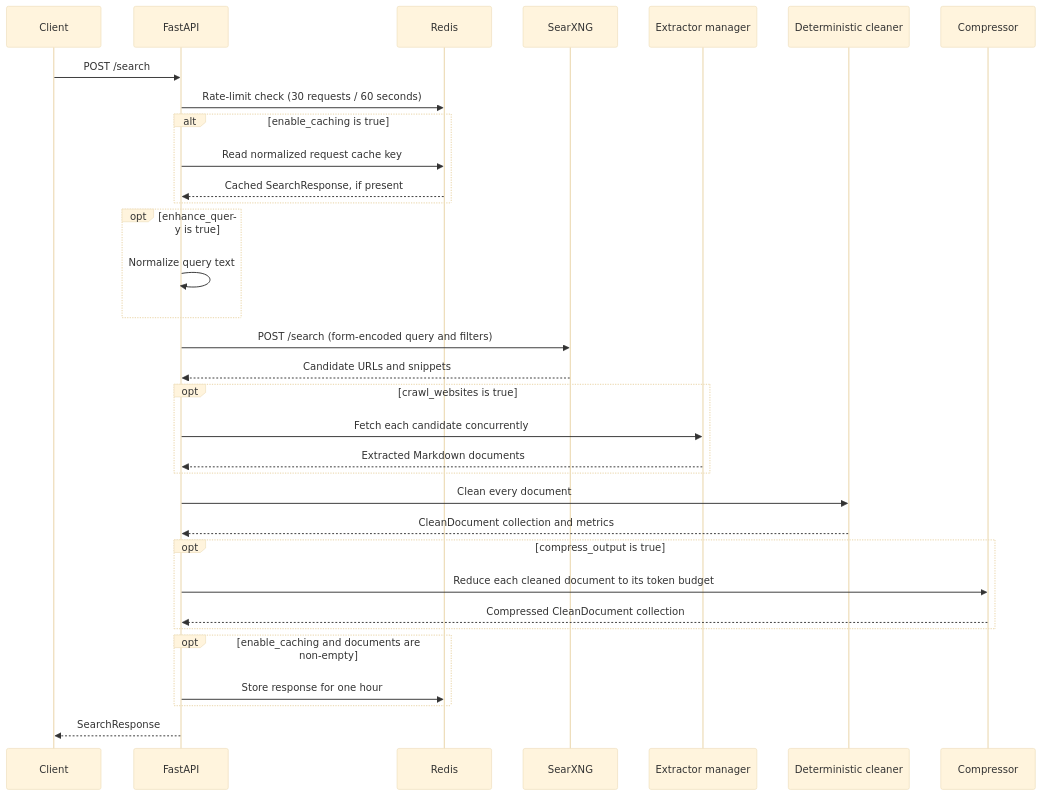
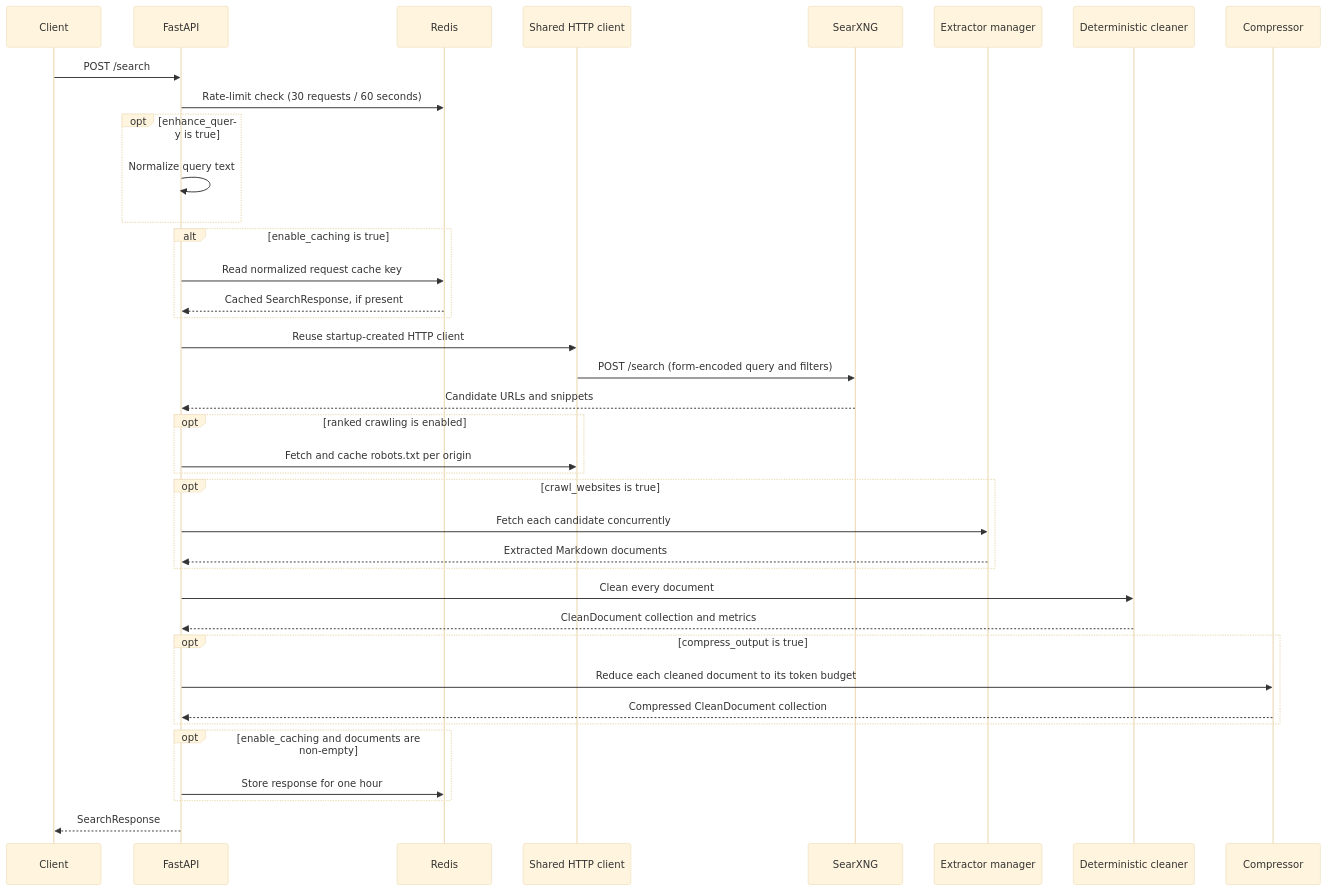
One commit to RHarish1/quarry changed the diagram in docs/request-flow.md. Above: the diagram before and after it, drawn with Mermaid (base theme). The commit also changed other lines of this file and 6 other files, not shown here.

Commit message:
docs: update architecture flow, caching, and observability documentation

````diff
--- a/docs/request-flow.md
+++ b/docs/request-flow.md
@@ -7,36 +7,41 @@
 ```mermaid
 sequenceDiagram
   participant C as Client
   participant A as FastAPI
   participant R as Redis
+  participant H as Shared HTTP client
   participant S as SearXNG
   participant X as Extractor manager
   participant D as Deterministic cleaner
   participant P as Compressor
 
   C->>A: POST /search
   A->>R: Rate-limit check (30 requests / 60 seconds)
+  opt enhance_query is true
+    A->>A: Normalize query text
+  end
   alt enable_caching is true
     A->>R: Read normalized request cache key
     R-->>A: Cached SearchResponse, if present
   end
-  opt enhance_query is true
-    A->>A: Normalize query text
+  A->>H: Reuse startup-created HTTP client
+  H->>S: POST /search (form-encoded query and filters)
+  S-->>A: Candidate URLs and snippets
+  opt ranked crawling is enabled
+    A->>H: Fetch and cache robots.txt per origin
   end
-  A->>S: POST /search (form-encoded query and filters)
-  S-->>A: Candidate URLs and snippets
   opt crawl_websites is true
     A->>X: Fetch each candidate concurrently
     X-->>A: Extracted Markdown documents
   end
   A->>D: Clean every document
   D-->>A: CleanDocument collection and metrics
   opt compress_output is true
     A->>P: Reduce each cleaned document to its token budget
     P-->>A: Compressed CleanDocument collection
   end
   opt enable_caching and documents are non-empty
     A->>R: Store response for one hour
   end
   A-->>C: SearchResponse
 ```
````
